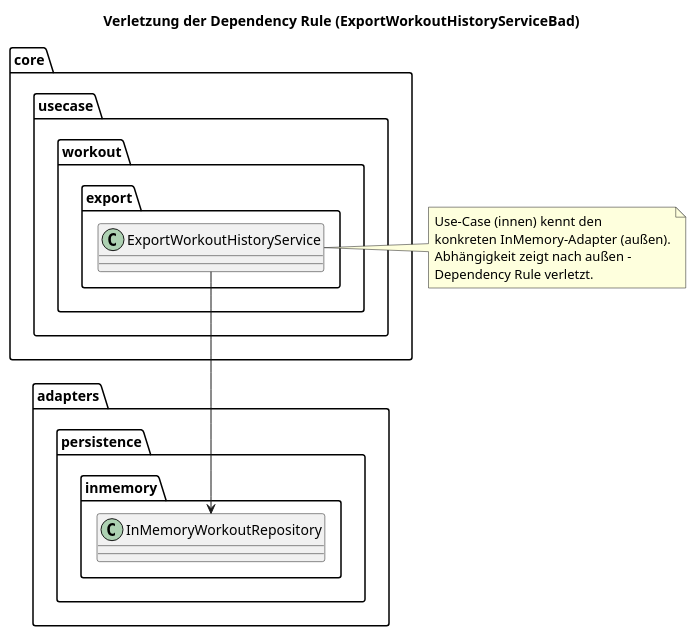
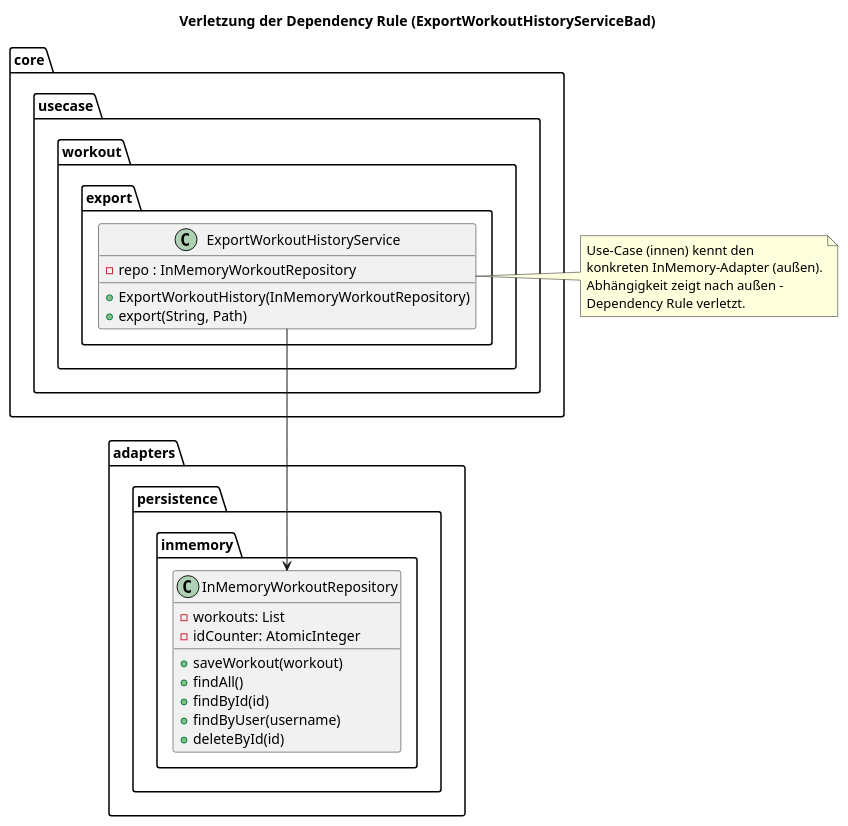
Before and after one commit to NeeroxZ/FitTrackPro_v2: the diagram in protokoll/UML/kapitel2/dependecy_v2.puml, drawn with PlantUML. The commit also changed 13 other files, not shown here.

Commit message:
Hinzufügen des Protokoll...... - ändern UML

```diff
--- a/protokoll/UML/kapitel2/dependecy_v2.puml
+++ b/protokoll/UML/kapitel2/dependecy_v2.puml
@@ -1,20 +1,33 @@
 @startuml
 title Verletzung der Dependency Rule (ExportWorkoutHistoryServiceBad)
 
 ' ======= Schichtendarstellung =======
     class core.usecase.workout.export.ExportWorkoutHistoryService{
+    - repo : InMemoryWorkoutRepository
+    + ExportWorkoutHistory(InMemoryWorkoutRepository)
+    + export(String, Path)
+
 }
 
-    class adapters.persistence.inmemory.InMemoryWorkoutRepository{
-}
+ package "adapters.persistence.inmemory" {
+     class InMemoryWorkoutRepository {
+         - workouts: List
+         - idCounter: AtomicInteger
+         + saveWorkout(workout)
+         + findAll()
+         + findById(id)
+         + findByUser(username)
+         + deleteById(id)
+     }
+ }
 
 /' === Regelwidrige Abhängigkeit === '/
 ExportWorkoutHistoryService--> InMemoryWorkoutRepository
 
 note right of ExportWorkoutHistoryService
   Use-Case (innen) kennt den
   konkreten InMemory-Adapter (außen).
   Abhängigkeit zeigt nach außen –
   Dependency Rule verletzt.
 end note
 @enduml
```
